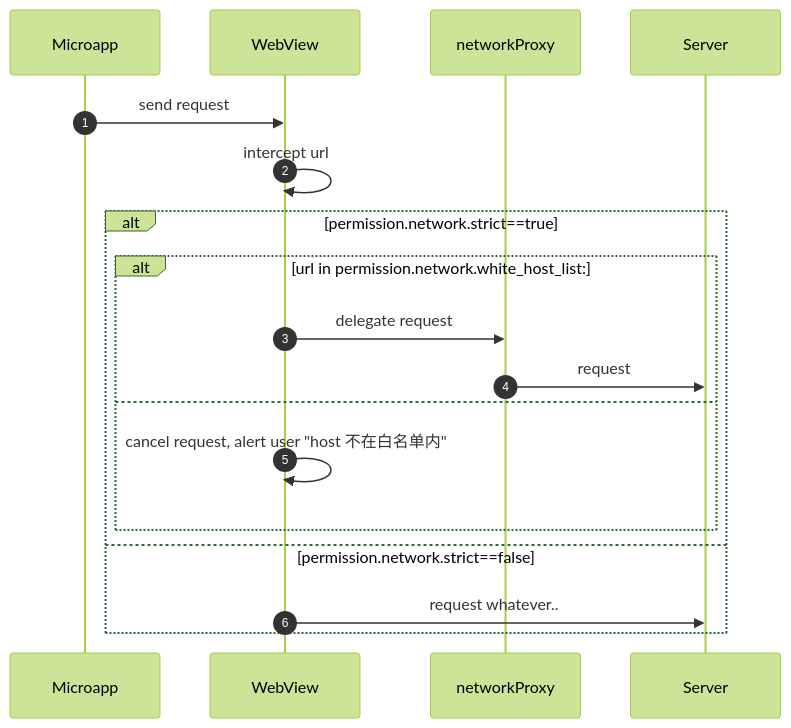
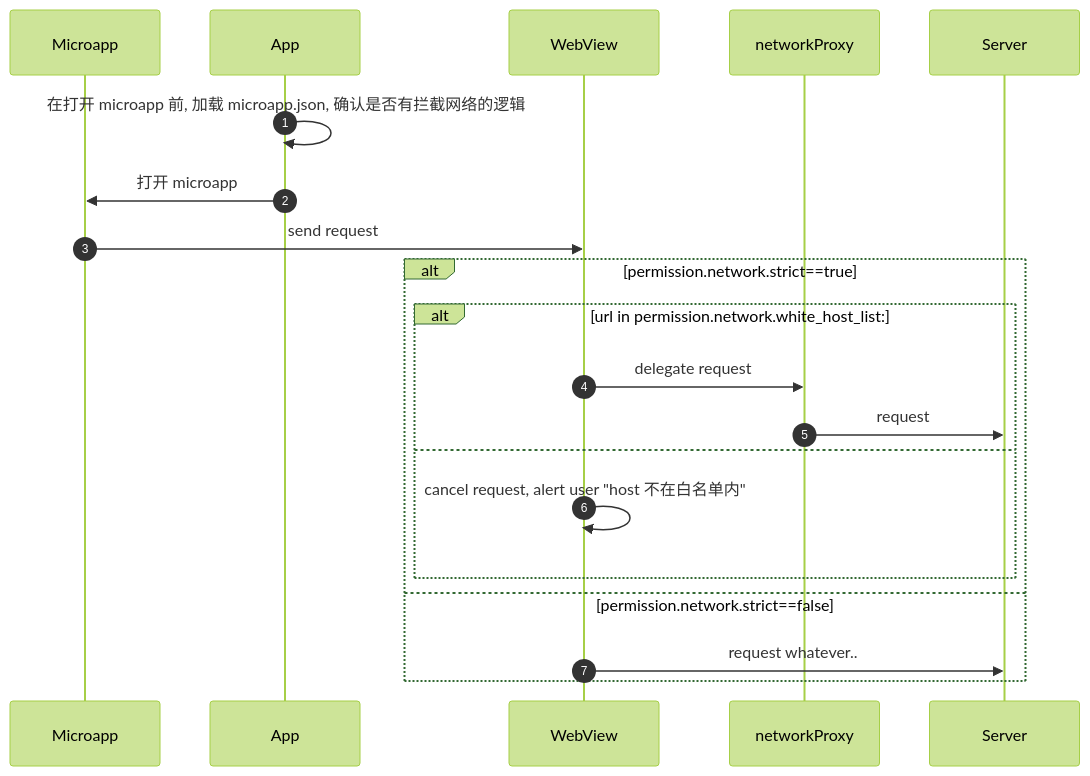
Before and after one commit to zk4/x-engine: the sixth of 6 diagrams in modules/x-engine-docs/todos-1.0.md, drawn with Mermaid (forest theme).

Commit message:
chores(safe): add app logic for safe

````diff
--- a/modules/x-engine-docs/todos-1.0.md
+++ b/modules/x-engine-docs/todos-1.0.md
@@ -457,21 +457,25 @@
 ``` mermaid
 sequenceDiagram
 	  autonumber
     participant m as Microapp
+    participant a as App
     participant w as WebView
     participant e as networkProxy
     participant s as Server
+    
+    a->>a: 在打开 microapp 前, 加载 microapp.json, 确认是否有拦截网络的逻辑
+    a->>m: 打开 microapp
     m->>w: send request
-    w->>w: intercept url
+
     alt permission.network.strict==true
     alt url in permission.network.white_host_list:
     w->>e: delegate request
 	  e->>s: request
 	  else
 	  w->>w: cancel request, alert user "host 不在白名单内"
 	  end
     else permission.network.strict==false
   w->>s: request whatever..
     end
 
 ```
````
